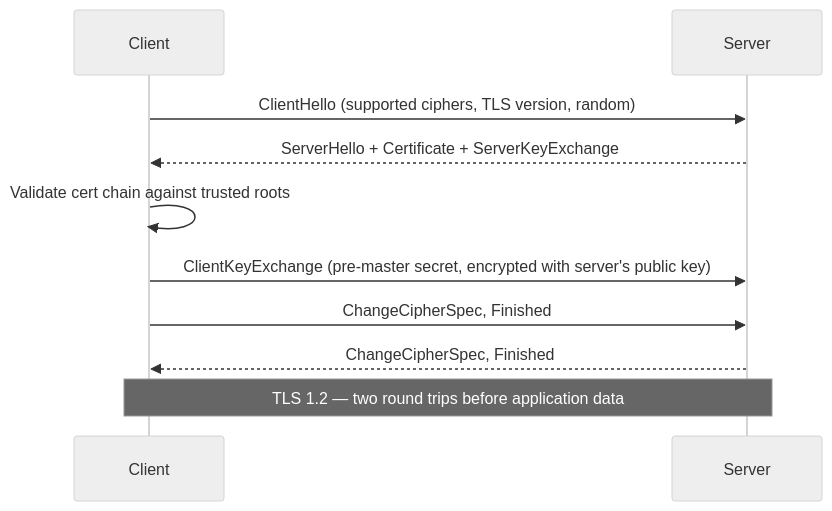
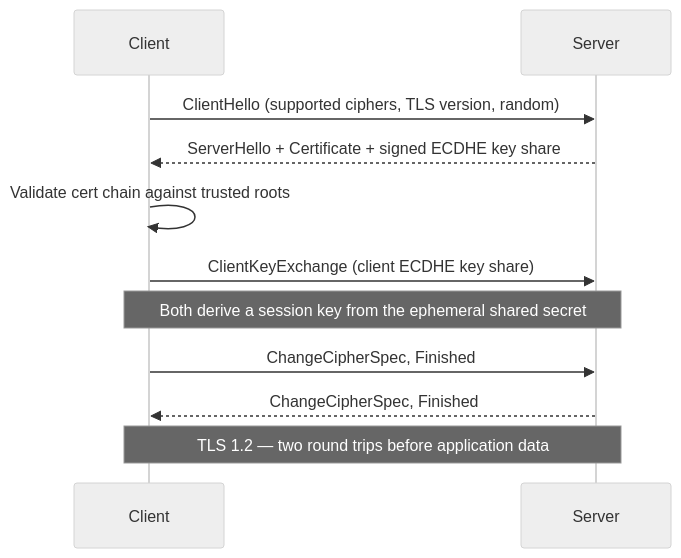
The second of 3 diagrams in src/content/security/03-infrastructure-security/01-tls-and-certificates.md (ft-abhishekgupta/interview-prep-suite), drawn with Mermaid (neutral theme) before and after one commit. The commit also changed other lines of this file and 307 other files, not shown here.

````diff
--- a/src/content/security/03-infrastructure-security/01-tls-and-certificates.md
+++ b/src/content/security/03-infrastructure-security/01-tls-and-certificates.md
@@ -38,12 +38,13 @@
 ```mermaid
 sequenceDiagram
     participant Client
     participant Server
     Client->>Server: ClientHello (supported ciphers, TLS version, random)
-    Server-->>Client: ServerHello + Certificate + ServerKeyExchange
+    Server-->>Client: ServerHello + Certificate + signed ECDHE key share
     Client->>Client: Validate cert chain against trusted roots
-    Client->>Server: ClientKeyExchange (pre-master secret, encrypted with server's public key)
+    Client->>Server: ClientKeyExchange (client ECDHE key share)
+    Note over Client,Server: Both derive a session key from the ephemeral shared secret
     Client->>Server: ChangeCipherSpec, Finished
     Server-->>Client: ChangeCipherSpec, Finished
     Note over Client,Server: TLS 1.2 — two round trips before application data
 ```
````
